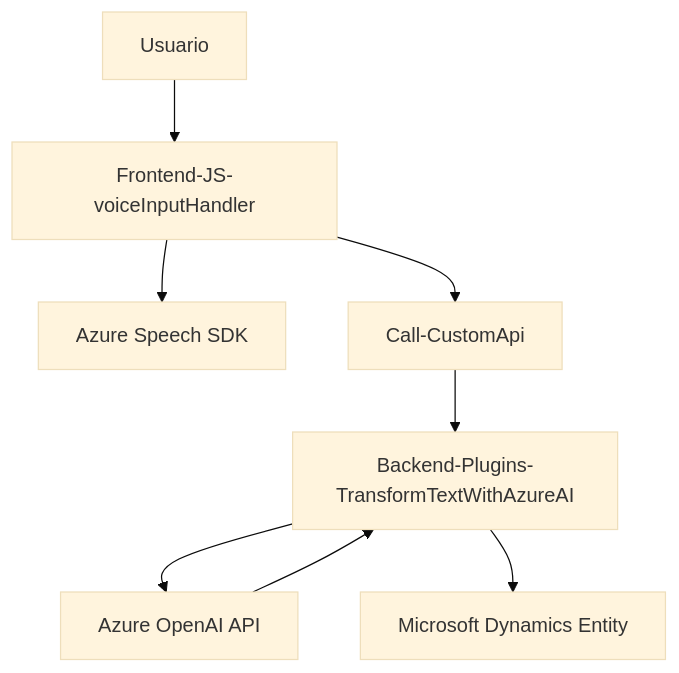
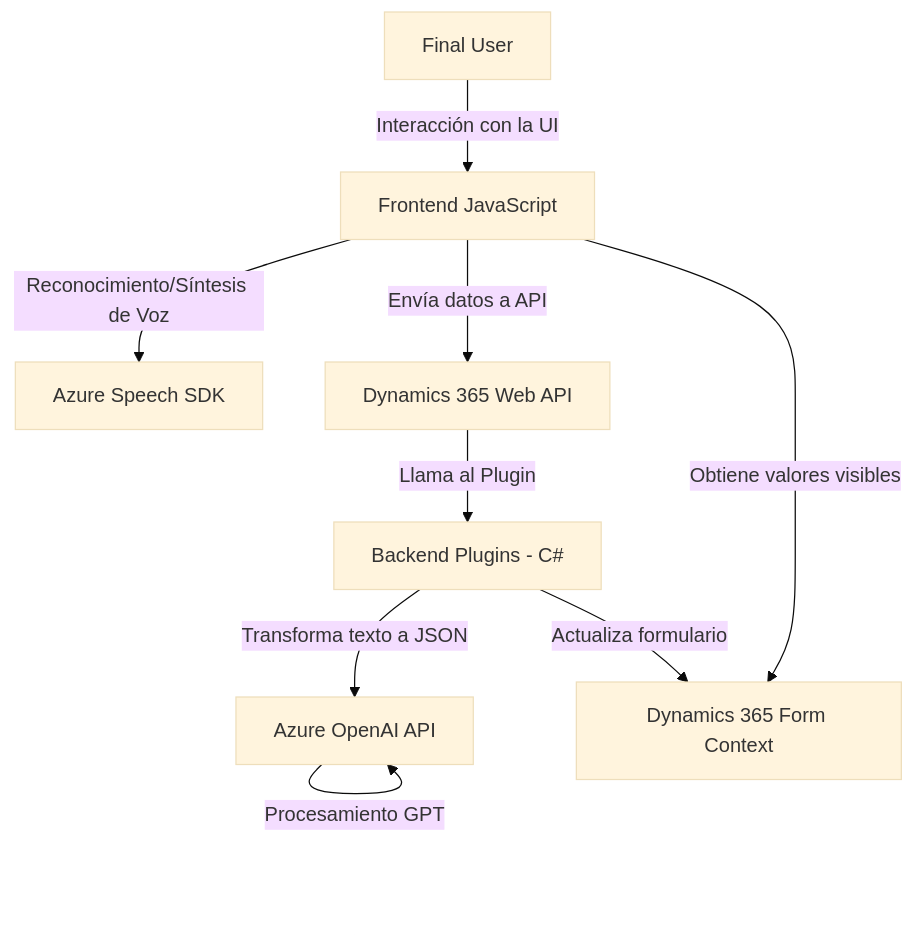
The diagram in README.md (blopezdm/NETCORE_BILBAO2025), drawn with Mermaid (base theme) before and after one commit. The commit also changed other lines of this file, not shown here.

Commit message:
Actualizar análisis global de la solución con IA

````diff
--- a/README.md
+++ b/README.md
@@ -41,10 +34,19 @@
 ```mermaid
 graph TD
-    A["Usuario"] --> B["Frontend-JS-voiceInputHandler"]
-    B --> C["Azure Speech SDK"]
-    B --> D["Call-CustomApi"]
-    D --> E["Backend-Plugins-TransformTextWithAzureAI"]
-    E --> F["Azure OpenAI API"]
-    F --> E
-    E --> G["Microsoft Dynamics Entity"]
+A["Frontend JavaScript"]
+B["Backend Plugins - C#"]
+C["Azure Speech SDK"]
+D["Azure OpenAI API"]
+E["Dynamics 365 Form Context"]
+F["Dynamics 365 Web API"]
+G["Final User"]
+
+G -->|Interacción con la UI| A
+A -->|Obtiene valores visibles| E
+A -->|Reconocimiento/Síntesis de Voz| C
+A -->|Envía datos a API| F
+F -->|Llama al Plugin| B
+B -->|Transforma texto a JSON| D
+D -->|Procesamiento GPT| D
+B -->|Actualiza formulario| E
 ```
````
